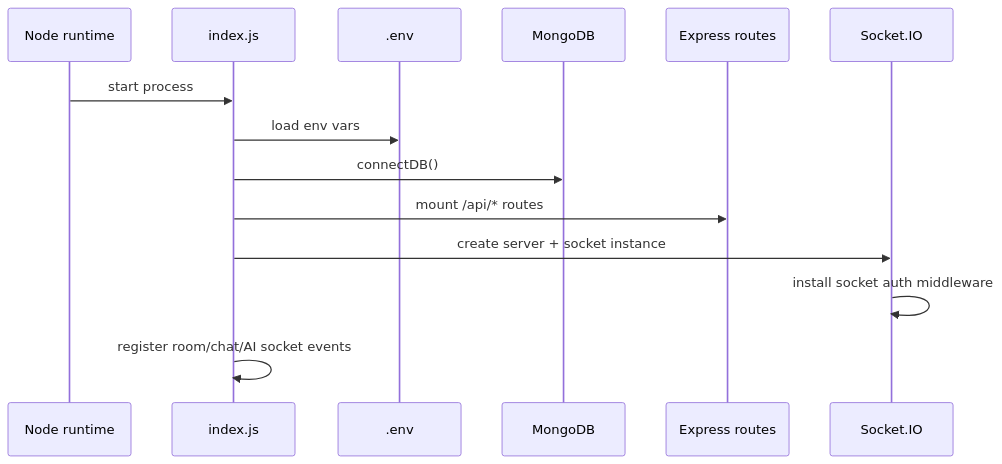
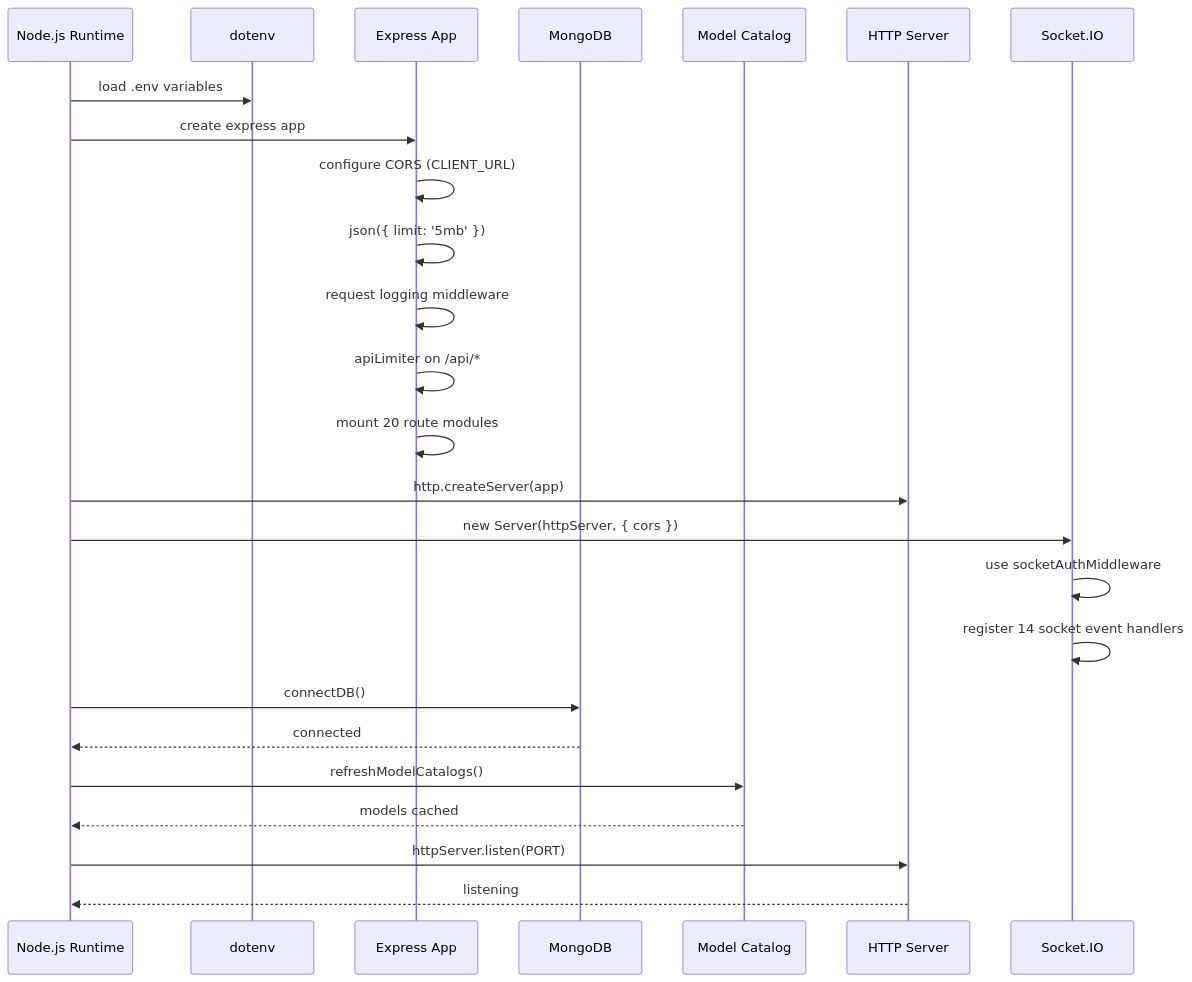
One commit to Ganesh172919/Backend_Practice changed the first of 4 diagrams in docs/ai/02-runtime-entrypoints.md. Above: the diagram before and after it, drawn with Mermaid. The commit also changed other lines of this file and 40 other files, not shown here.

````diff
--- a/docs/ai/02-runtime-entrypoints.md
+++ b/docs/ai/02-runtime-entrypoints.md
@@ -18,17 +36,28 @@
 ```mermaid
 sequenceDiagram
-    participant Node as Node runtime
-    participant App as index.js
-    participant Env as .env
+    participant Node as Node.js Runtime
+    participant Env as dotenv
+    participant App as Express App
     participant DB as MongoDB
-    participant Routes as Express routes
+    participant Catalog as Model Catalog
+    participant HTTP as HTTP Server
     participant IO as Socket.IO
 
-    Node->>App: start process
-    App->>Env: load env vars
-    App->>DB: connectDB()
-    App->>Routes: mount /api/* routes
-    App->>IO: create server + socket instance
-    IO->>IO: install socket auth middleware
-    App->>App: register room/chat/AI socket events
+    Node->>Env: load .env variables
+    Node->>App: create express app
+    App->>App: configure CORS (CLIENT_URL)
+    App->>App: json({ limit: '5mb' })
+    App->>App: request logging middleware
+    App->>App: apiLimiter on /api/*
+    App->>App: mount 20 route modules
+    Node->>HTTP: http.createServer(app)
+    Node->>IO: new Server(httpServer, { cors })
+    IO->>IO: use socketAuthMiddleware
+    IO->>IO: register 14 socket event handlers
+    Node->>DB: connectDB()
+    DB-->>Node: connected
+    Node->>Catalog: refreshModelCatalogs()
+    Catalog-->>Node: models cached
+    Node->>HTTP: httpServer.listen(PORT)
+    HTTP-->>Node: listening
 ```
````
